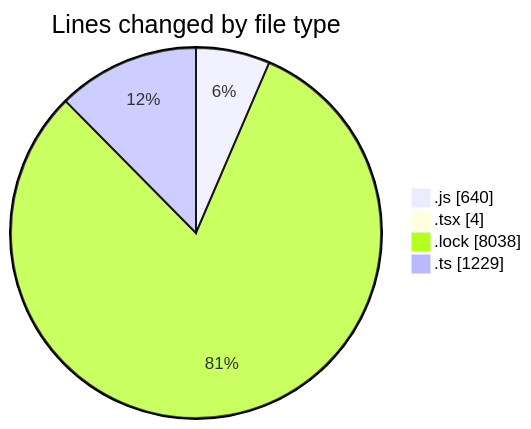
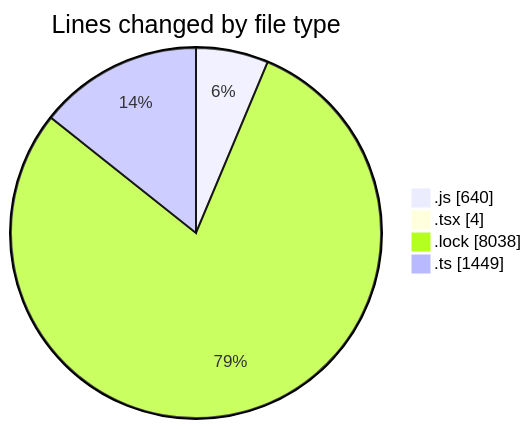
One commit to momahboobian/code-tracking changed the first of 2 diagrams in 2025-03-11/cda/README.md. Above: the diagram before and after it, drawn with Mermaid. The commit also changed other lines of this file and 1 other file, not shown here.

````diff
--- a/2025-03-11/cda/README.md
+++ b/2025-03-11/cda/README.md
@@ -35,8 +38,8 @@
 ```mermaid
 pie showData
 title Lines changed by file type
 ".js" : 640
 ".tsx" : 4
 ".lock" : 8038
-".ts" : 1229
+".ts" : 1449
 ```
````
